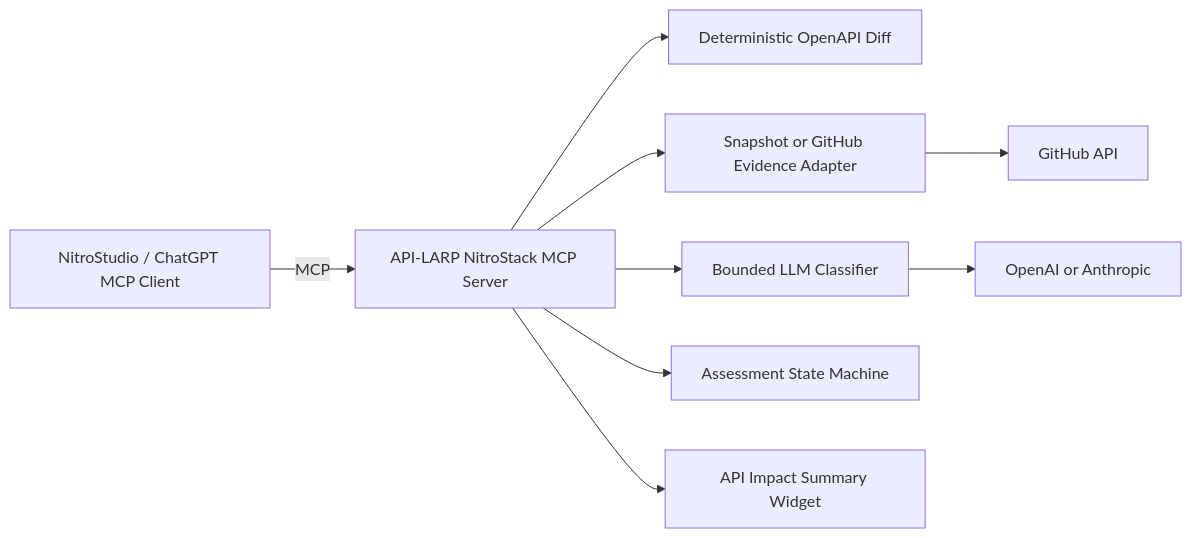
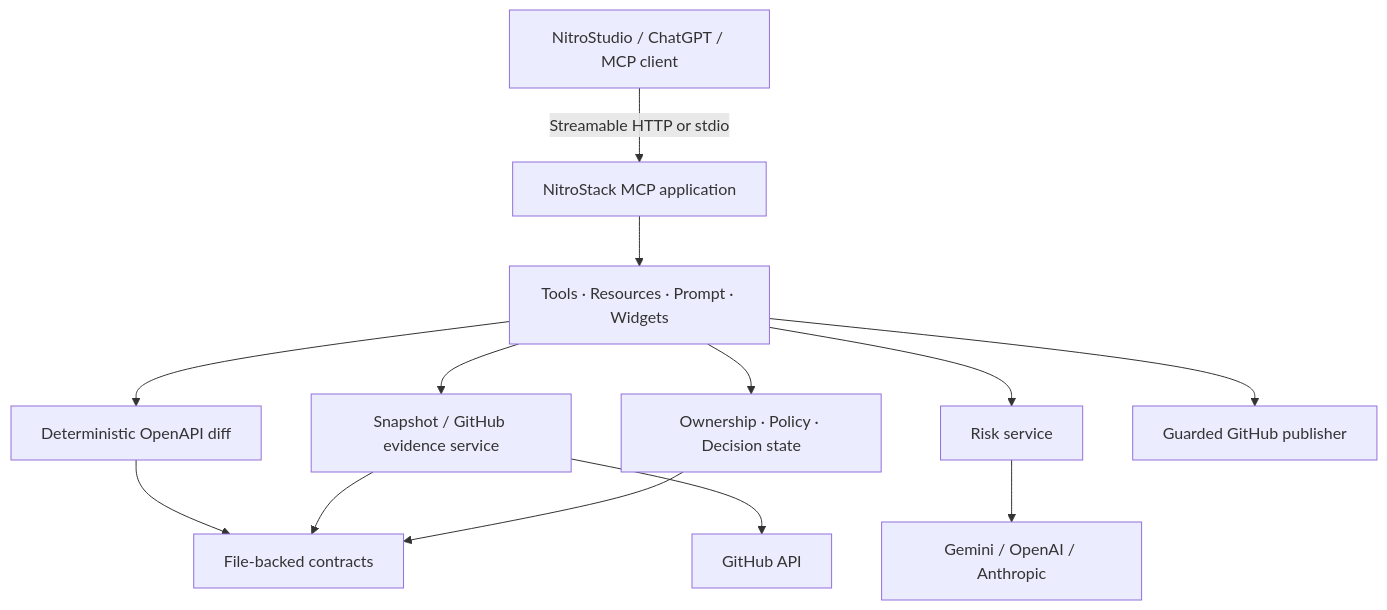
The second of 2 diagrams in README.md (arckrisofficial/api-larp), drawn with Mermaid before and after one commit. The commit also changed other lines of this file and 11 other files, not shown here.

````diff
--- a/README.md
+++ b/README.md
@@ -79,11 +161,15 @@
 ```mermaid
-flowchart LR
-  Client[NitroStudio / ChatGPT MCP Client] -->|MCP| Server[API-LARP NitroStack MCP Server]
-  Server --> Diff[Deterministic OpenAPI Diff]
-  Server --> Evidence[Snapshot or GitHub Evidence Adapter]
-  Server --> Risk[Bounded LLM Classifier]
-  Server --> State[Assessment State Machine]
-  Server --> Widget[API Impact Summary Widget]
-  Evidence --> GitHub[GitHub API]
-  Risk --> Model[OpenAI or Anthropic]
+flowchart TB
+    Client["NitroStudio / ChatGPT / MCP client"] -->|"Streamable HTTP or stdio"| MCP["NitroStack MCP application"]
+    MCP --> Controllers["Tools · Resources · Prompt · Widgets"]
+    Controllers --> Diff["Deterministic OpenAPI diff"]
+    Controllers --> Evidence["Snapshot / GitHub evidence service"]
+    Controllers --> Risk["Risk service"]
+    Controllers --> Governance["Ownership · Policy · Decision state"]
+    Controllers --> GitHubWrite["Guarded GitHub publisher"]
+    Evidence --> GitHubRead["GitHub API"]
+    Risk --> Model["Gemini / OpenAI / Anthropic"]
+    Diff --> Files["File-backed contracts"]
+    Evidence --> Files
+    Governance --> Files
 ```
````
